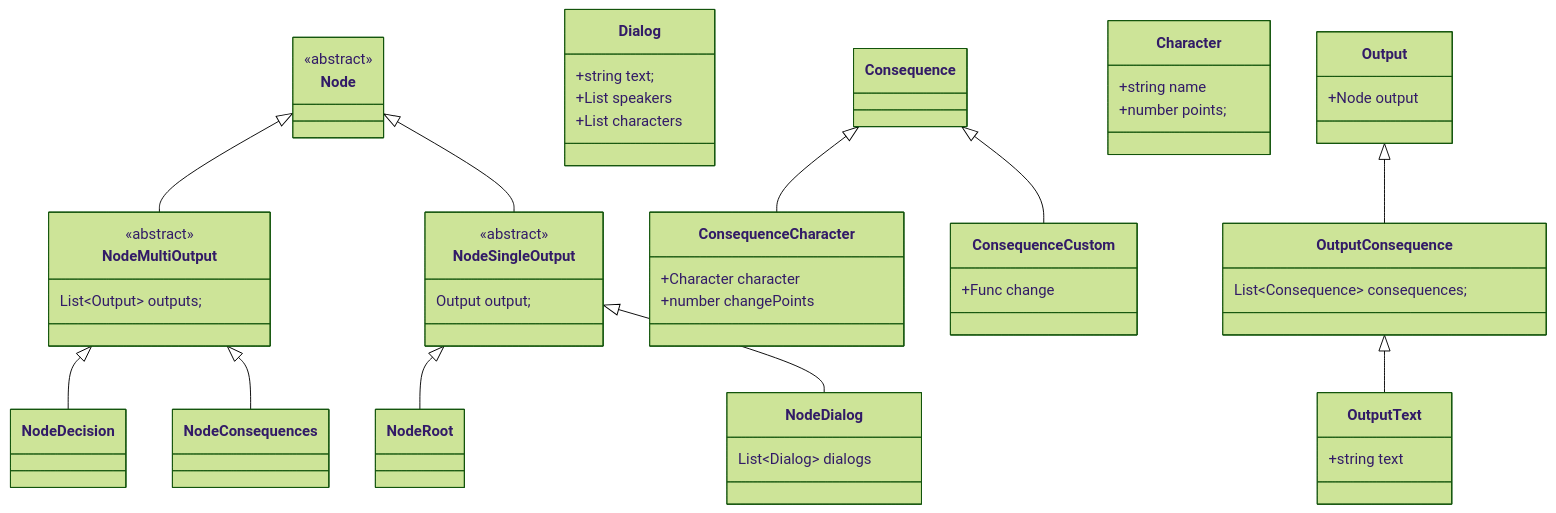
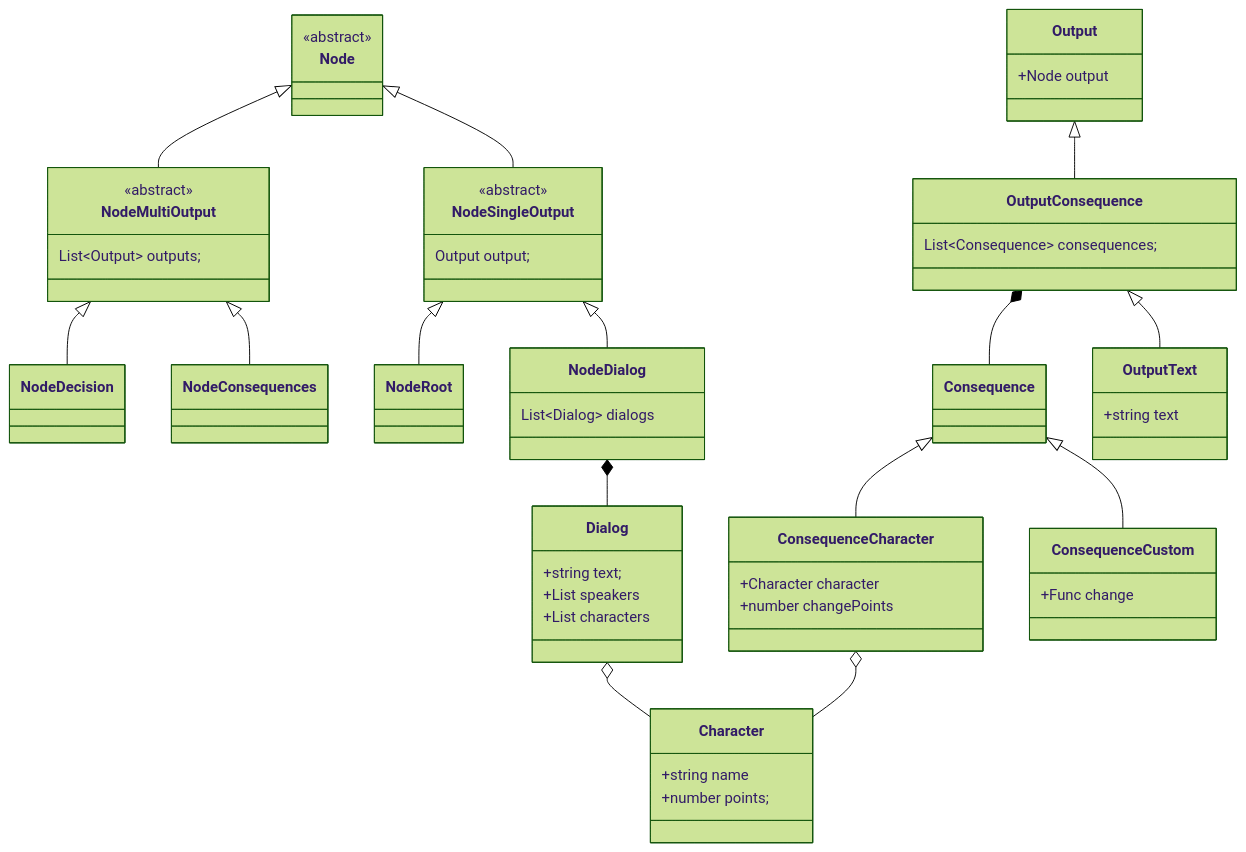
The diagram in README.md (tiredBlueWhale/fiesta-uwu-third-try), drawn with Mermaid (forest theme) before and after one commit.

````diff
--- a/README.md
+++ b/README.md
@@ -9,76 +9,82 @@
 ```mermaid
 classDiagram
     class Node {
         <<abstract>>
     }
 
     Node <|-- NodeMultiOutput
     class NodeMultiOutput {
         <<abstract>>
         List~Output~ outputs;
     }
 
     NodeMultiOutput <|-- NodeDecision
     class NodeDecision {
     }
 
     NodeMultiOutput <|-- NodeConsequences
     class NodeConsequences {
     }
 
     Node <|-- NodeSingleOutput
     class NodeSingleOutput {
         <<abstract>>
         Output output;
     }
 
     NodeSingleOutput <|-- NodeRoot
     class NodeRoot {
 
     }
 
+    NodeDialog *-- Dialog
     class Dialog {
         +string text;
         +List<Character> speakers
         +List<Character> characters
     }
 
     NodeSingleOutput <|-- NodeDialog
     class NodeDialog {
         List~Dialog~ dialogs
     }
 
+    %% NodeSingleOutput *-- Output
+    %% NodeMultiOutput *-- Output
     class Output {
         +Node output
     }
 
+    Dialog o-- Character
+    ConsequenceCharacter o-- Character
     class Character {
         +string name
         +number points;
     }
 
+    OutputConsequence *-- Consequence
     class Consequence {
 
     }
 
     Consequence <|-- ConsequenceCharacter
     class ConsequenceCharacter {
         +Character character
         +number changePoints
     }
 
     Consequence <|-- ConsequenceCustom
     class ConsequenceCustom {
         +Func change
     }
 
     Output <|-- OutputConsequence
     class OutputConsequence {
         List~Consequence~ consequences;
     } 
 
     OutputConsequence <|-- OutputText
     class OutputText {
         +string text
     }
 ```
````
